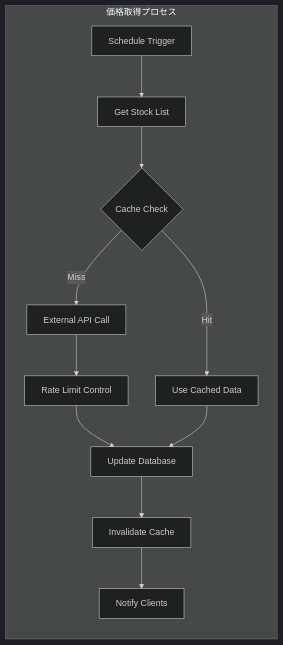
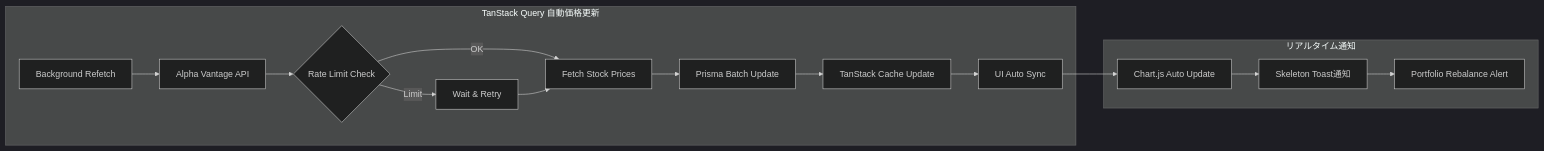
One commit to Tora29/salary-management changed the fourth of 10 diagrams in docs/detailed-design/10-01_technical-design-overview.md. Above: the diagram before and after it, drawn with Mermaid (dark theme). The commit also changed other lines of this file and 14 other files, not shown here.

````diff
--- a/docs/detailed-design/10-01_technical-design-overview.md
+++ b/docs/detailed-design/10-01_technical-design-overview.md
@@ -257,14 +382,19 @@
 ```mermaid
 graph LR
-    subgraph "価格取得プロセス"
-        A[Schedule Trigger] --> B[Get Stock List]
-        B --> C{Cache Check}
-        C -->|Miss| D[External API Call]
-        C -->|Hit| E[Use Cached Data]
-        D --> F[Rate Limit Control]
-        F --> G[Update Database]
-        E --> G
-        G --> H[Invalidate Cache]
-        H --> I[Notify Clients]
+    subgraph "TanStack Query 自動価格更新"
+        A[Background Refetch] --> B[Alpha Vantage API]
+        B --> C{Rate Limit Check}
+        C -->|OK| D[Fetch Stock Prices]
+        C -->|Limit| E[Wait & Retry]
+        D --> F[Prisma Batch Update]
+        E --> D
+        F --> G[TanStack Cache Update]
+        G --> H[UI Auto Sync]
+    end
+
+    subgraph "リアルタイム通知"
+        H --> I[Chart.js Auto Update]
+        I --> J[Skeleton Toast通知]
+        J --> K[Portfolio Rebalance Alert]
     end
 ```
````
